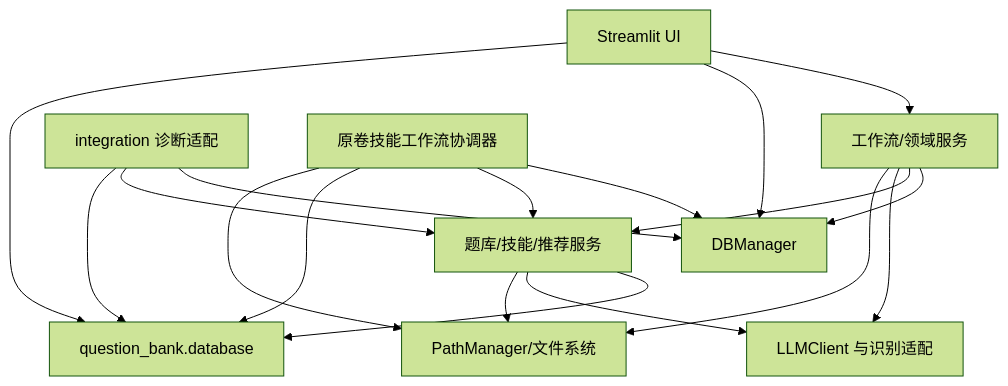
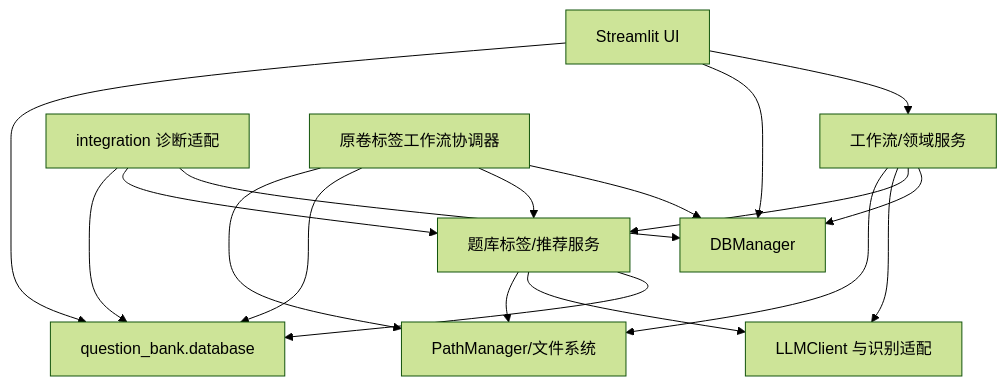
Before and after one commit to Hineni412/ai-grading-system-workstation: the second of 5 diagrams in ARCHITECTURE.md, drawn with Mermaid (forest theme). The commit also changed other lines of this file and 4 other files, not shown here.

````diff
--- a/ARCHITECTURE.md
+++ b/ARCHITECTURE.md
@@ -134,24 +136,24 @@
 ```mermaid
 flowchart TD
     UI["Streamlit UI"] --> Workflow["工作流/领域服务"]
     UI --> GradingData["DBManager"]
     UI --> BankData["question_bank.database"]
 
     Workflow --> GradingData
-    Workflow --> BankServices["题库/技能/推荐服务"]
+    Workflow --> BankServices["题库标签/推荐服务"]
     Workflow --> LLM["LLMClient 与识别适配"]
     Workflow --> Paths["PathManager/文件系统"]
 
     BankServices --> BankData
     BankServices --> LLM
     BankServices --> Paths
 
     Integration["integration 诊断适配"] --> GradingData
     Integration --> BankServices
     Integration --> BankData
 
-    PaperWorkflow["原卷技能工作流协调器"] --> GradingData
+    PaperWorkflow["原卷标签工作流协调器"] --> GradingData
     PaperWorkflow --> BankServices
     PaperWorkflow --> BankData
     PaperWorkflow --> Paths
 ```
````
